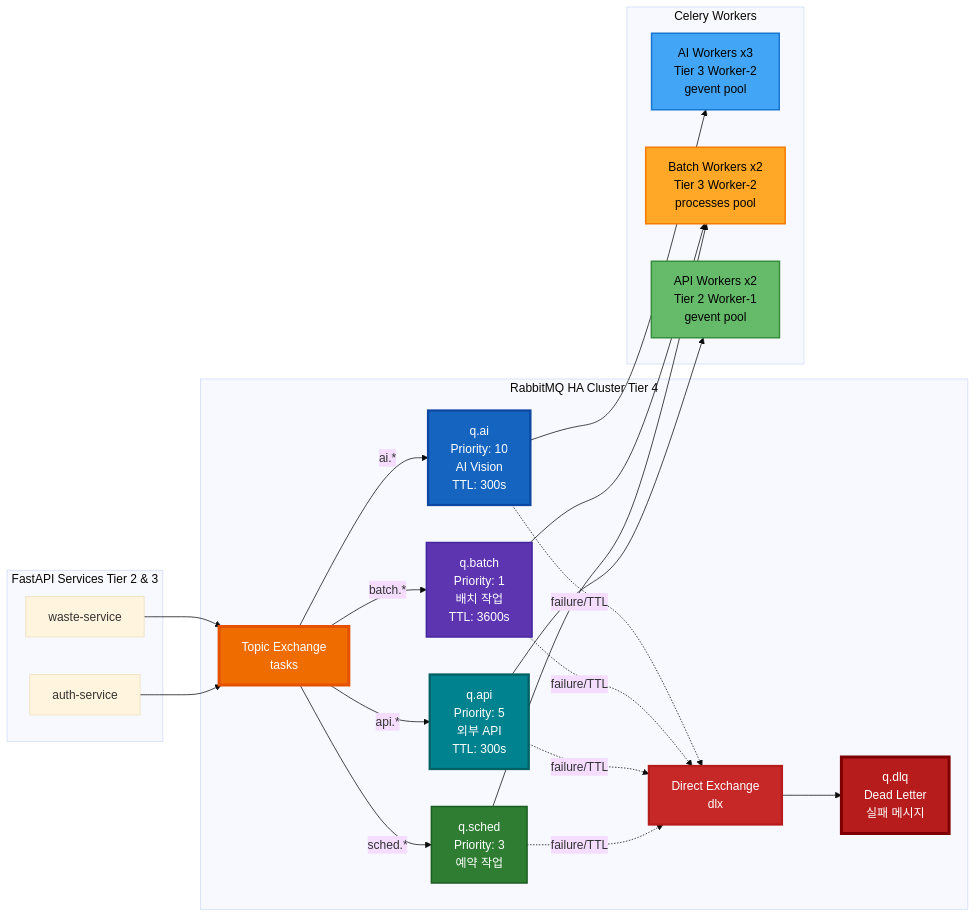
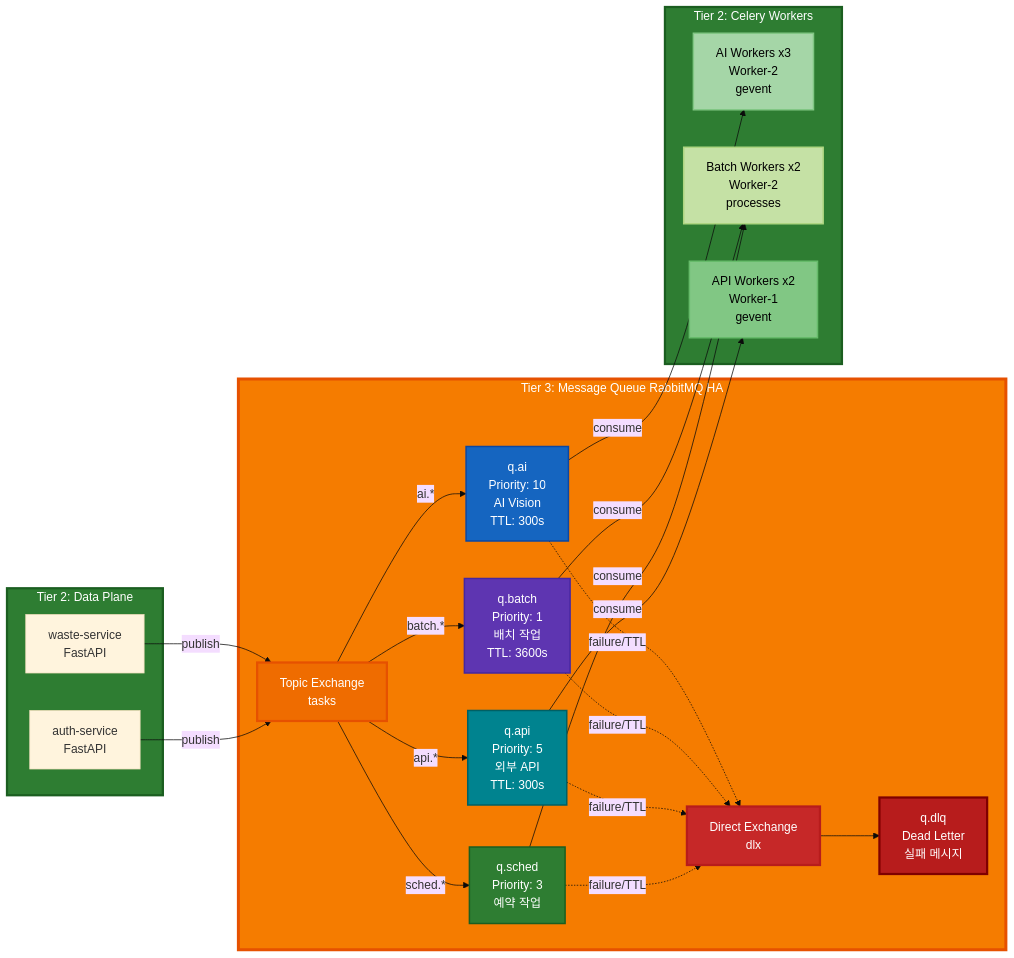
Before and after one commit to SeSACTHON/backend: the third of 4 diagrams in docs/architecture/task-queue-design.md, drawn with Mermaid (base theme). The commit also changed other lines of this file and 1 other file, not shown here.

First line of the commit message:
docs: Rewrite all docs with correct 4-Tier Layered Architecture

````diff
--- a/docs/architecture/task-queue-design.md
+++ b/docs/architecture/task-queue-design.md
@@ -191,75 +110,57 @@
 ```mermaid
 graph LR
-    subgraph Producer["FastAPI Services Tier 2 & 3"]
-        Waste["waste-service"]
-        Auth["auth-service"]
+    subgraph Tier2["Tier 2: Data Plane"]
+        Waste["waste-service<br/>FastAPI"]
+        Auth["auth-service<br/>FastAPI"]
     end
     
-    subgraph RMQ["RabbitMQ HA Cluster Tier 4"]
-        Exchange["Topic Exchange
-tasks"]
-        DLX["Direct Exchange
-dlx"]
+    subgraph Tier3["Tier 3: Message Queue RabbitMQ HA"]
+        Exchange["Topic Exchange<br/>tasks"]
+        DLX["Direct Exchange<br/>dlx"]
         
-        Q1["q.ai
-Priority: 10
-AI Vision
-TTL: 300s"]
-        Q2["q.batch
-Priority: 1
-배치 작업
-TTL: 3600s"]
-        Q3["q.api
-Priority: 5
-외부 API
-TTL: 300s"]
-        Q4["q.sched
-Priority: 3
-예약 작업"]
-        Q5["q.dlq
-Dead Letter
-실패 메시지"]
+        Q1["q.ai<br/>Priority: 10<br/>AI Vision<br/>TTL: 300s"]
+        Q2["q.batch<br/>Priority: 1<br/>배치 작업<br/>TTL: 3600s"]
+        Q3["q.api<br/>Priority: 5<br/>외부 API<br/>TTL: 300s"]
+        Q4["q.sched<br/>Priority: 3<br/>예약 작업"]
+        Q5["q.dlq<br/>Dead Letter<br/>실패 메시지"]
     end
     
-    subgraph Workers["Celery Workers"]
-        W1["AI Workers x3
-Tier 3 Worker-2
-gevent pool"]
-        W2["Batch Workers x2
-Tier 3 Worker-2
-processes pool"]
-        W3["API Workers x2
-Tier 2 Worker-1
-gevent pool"]
+    subgraph Tier2W["Tier 2: Celery Workers"]
+        AIW["AI Workers x3<br/>Worker-2<br/>gevent"]
+        BatchW["Batch Workers x2<br/>Worker-2<br/>processes"]
+        APIW["API Workers x2<br/>Worker-1<br/>gevent"]
     end
     
-    Waste --> Exchange
-    Auth --> Exchange
+    Waste -->|publish| Exchange
+    Auth -->|publish| Exchange
     
     Exchange -->|"ai.*"| Q1
     Exchange -->|"batch.*"| Q2
     Exchange -->|"api.*"| Q3
     Exchange -->|"sched.*"| Q4
     
     Q1 -.->|failure/TTL| DLX
     Q2 -.->|failure/TTL| DLX
     Q3 -.->|failure/TTL| DLX
     Q4 -.->|failure/TTL| DLX
     DLX --> Q5
     
-    Q1 --> W1
-    Q2 --> W2
-    Q3 --> W3
-    Q4 --> W2
+    Q1 -->|consume| AIW
+    Q2 -->|consume| BatchW
+    Q3 -->|consume| APIW
+    Q4 -->|consume| BatchW
     
-    style Exchange fill:#ef6c00,color:#fff,stroke:#e65100,stroke-width:4px
+    style Tier2 fill:#2e7d32,color:#fff,stroke:#1b5e20,stroke-width:3px
+    style Tier3 fill:#f57c00,color:#fff,stroke:#e65100,stroke-width:4px
+    style Tier2W fill:#2e7d32,color:#fff,stroke:#1b5e20,stroke-width:3px
+    style Exchange fill:#ef6c00,color:#fff,stroke:#e65100,stroke-width:3px
     style DLX fill:#c62828,color:#fff,stroke:#b71c1c,stroke-width:3px
-    style Q1 fill:#1565c0,color:#fff,stroke:#0d47a1,stroke-width:3px
+    style Q1 fill:#1565c0,color:#fff,stroke:#0d47a1,stroke-width:2px
     style Q2 fill:#5e35b1,color:#fff,stroke:#4527a0,stroke-width:2px
-    style Q3 fill:#00838f,color:#fff,stroke:#006064,stroke-width:3px
+    style Q3 fill:#00838f,color:#fff,stroke:#006064,stroke-width:2px
     style Q4 fill:#2e7d32,color:#fff,stroke:#1b5e20,stroke-width:2px
-    style Q5 fill:#b71c1c,color:#fff,stroke:#7f0000,stroke-width:4px
-    style W1 fill:#42a5f5,color:#000,stroke:#1976d2,stroke-width:2px
-    style W2 fill:#ffa726,color:#000,stroke:#f57c00,stroke-width:2px
-    style W3 fill:#66bb6a,color:#000,stroke:#388e3c,stroke-width:2px
+    style Q5 fill:#b71c1c,color:#fff,stroke:#7f0000,stroke-width:3px
+    style AIW fill:#a5d6a7,color:#000,stroke:#81c784,stroke-width:2px
+    style BatchW fill:#c5e1a5,color:#000,stroke:#aed581,stroke-width:2px
+    style APIW fill:#81c784,color:#000,stroke:#66bb6a,stroke-width:2px
 ```
````
